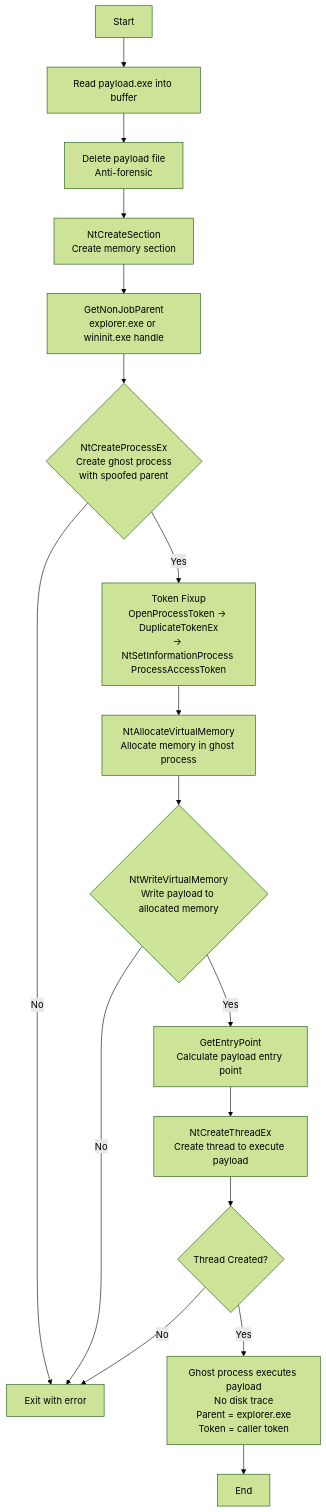
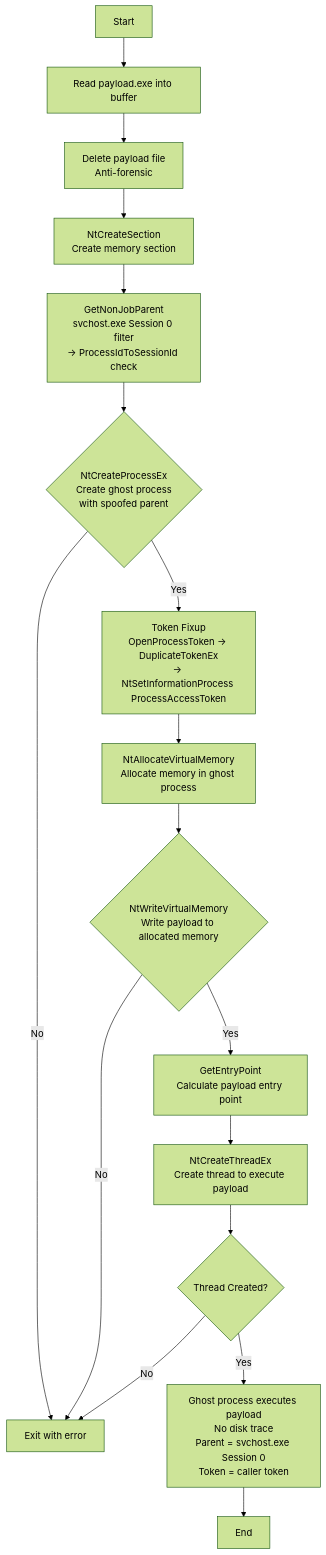
Before and after one commit to uetsymphonique/testlab-ael: the diagram in testlab-enterprise/windows-adversary-plan/resources/payloads/CWLHerpaderping/README.md, drawn with Mermaid (forest theme). The commit also changed other lines of this file and 3 other files, not shown here.

````diff
--- a/testlab-enterprise/windows-adversary-plan/resources/payloads/CWLHerpaderping/README.md
+++ b/testlab-enterprise/windows-adversary-plan/resources/payloads/CWLHerpaderping/README.md
@@ -15,19 +15,19 @@
 ```mermaid
 flowchart TD
     A[Start] --> B[Read payload.exe into buffer]
     B --> C[Delete payload file\nAnti-forensic]
     C --> D[NtCreateSection\nCreate memory section]
-    D --> E[GetNonJobParent\nexplorer.exe or wininit.exe handle]
+    D --> E[GetNonJobParent\nsvchost.exe Session 0 filter\n→ ProcessIdToSessionId check]
     E --> F{NtCreateProcessEx\nCreate ghost process\nwith spoofed parent}
     F -->|No| G[Exit with error]
     F -->|Yes| H[Token Fixup\nOpenProcessToken → DuplicateTokenEx\n→ NtSetInformationProcess ProcessAccessToken]
     H --> I[NtAllocateVirtualMemory\nAllocate memory in ghost process]
     I --> J{NtWriteVirtualMemory\nWrite payload to allocated memory}
     J -->|No| G
     J -->|Yes| K[GetEntryPoint\nCalculate payload entry point]
     K --> L[NtCreateThreadEx\nCreate thread to execute payload]
     L --> M{Thread Created?}
     M -->|No| G
-    M -->|Yes| N[Ghost process executes payload\nNo disk trace\nParent = explorer.exe\nToken = caller token]
+    M -->|Yes| N[Ghost process executes payload\nNo disk trace\nParent = svchost.exe Session 0\nToken = caller token]
     N --> O[End]
 ```
````
